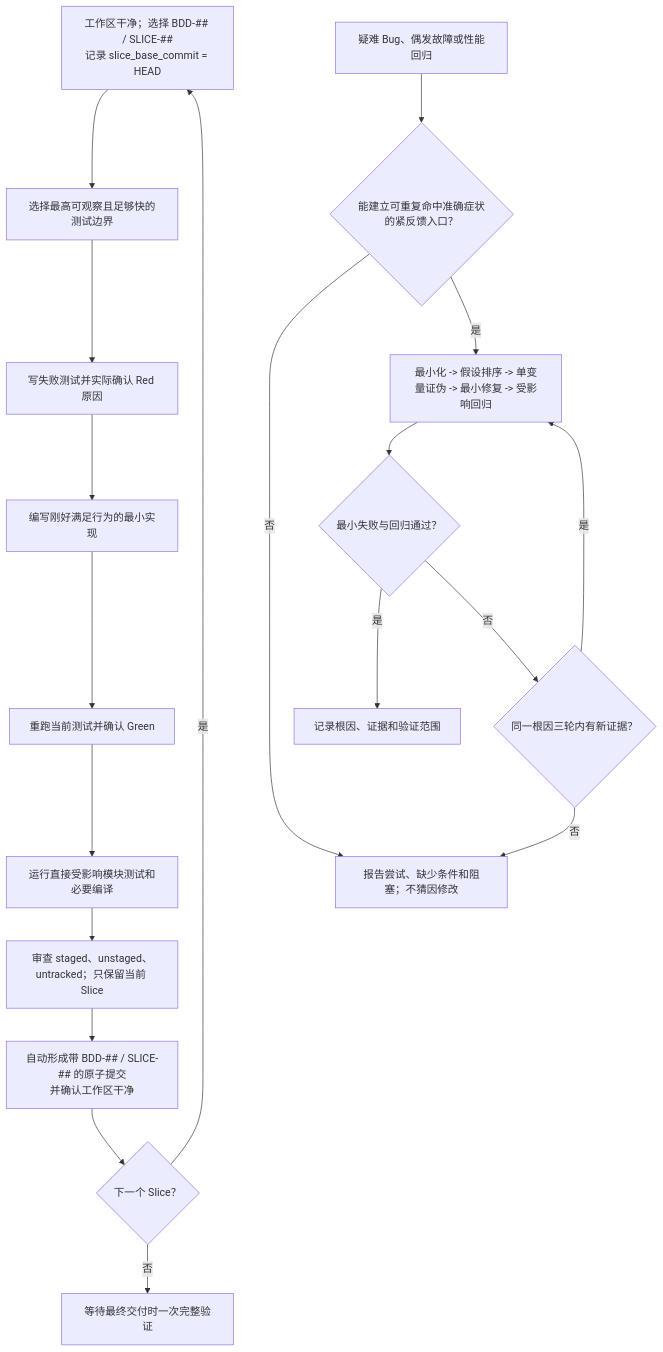
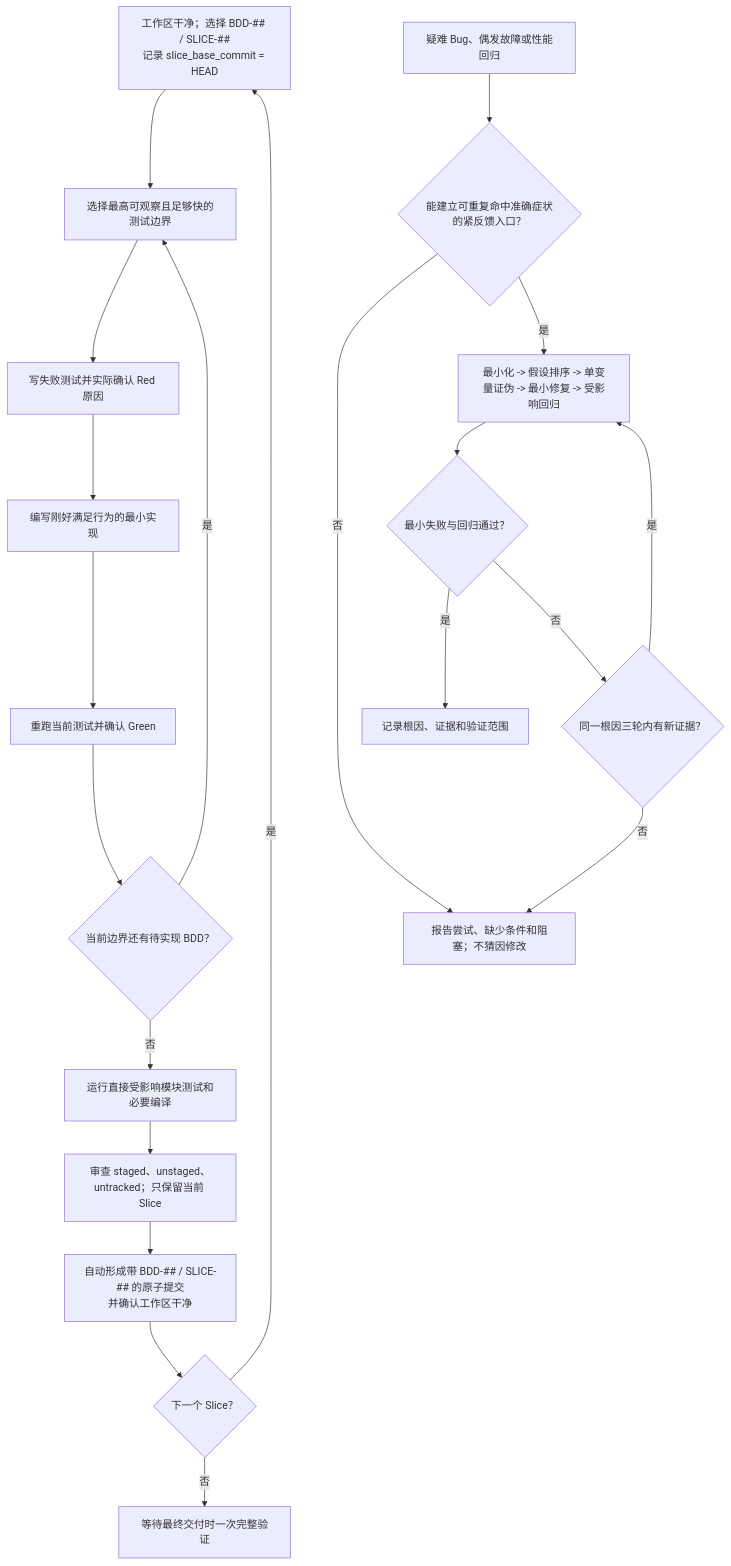
One commit to yejuntian/android-delivery-skills changed the fifth of 11 diagrams in docs/FLOW_DIAGRAMS.md. Above: the diagram before and after it, drawn with Mermaid. The commit also changed other lines of this file and 6 other files, not shown here.

````diff
--- a/docs/FLOW_DIAGRAMS.md
+++ b/docs/FLOW_DIAGRAMS.md
@@ -145,22 +147,24 @@
 ```mermaid
 flowchart TD
     BDD["工作区干净；选择 BDD-## / SLICE-##<br/>记录 slice_base_commit = HEAD"] --> BOUNDARY["选择最高可观察且足够快的测试边界"]
     BOUNDARY --> RED["写失败测试并实际确认 Red 原因"]
     RED --> MIN["编写刚好满足行为的最小实现"]
     MIN --> GREEN["重跑当前测试并确认 Green"]
-    GREEN --> IMPACT["运行直接受影响模块测试和必要编译"]
+    GREEN --> BEHAVIORS{"当前边界还有待实现 BDD？"}
+    BEHAVIORS -- "是" --> BOUNDARY
+    BEHAVIORS -- "否" --> IMPACT["运行直接受影响模块测试和必要编译"]
     IMPACT --> SCOPE["审查 staged、unstaged、untracked；只保留当前 Slice"]
     SCOPE --> CHECKPOINT["自动形成带 BDD-## / SLICE-## 的原子提交<br/>并确认工作区干净"]
     CHECKPOINT --> NEXT{"下一个 Slice？"}
     NEXT -- "是" --> BDD
     NEXT -- "否" --> READY["等待最终交付时一次完整验证"]
 
     BUG["疑难 Bug、偶发故障或性能回归"] --> LOOP{"能建立可重复命中准确症状的紧反馈入口？"}
     LOOP -- "否" --> BLOCK["报告尝试、缺少条件和阻塞；不猜因修改"]
     LOOP -- "是" --> REPRO["最小化 -> 假设排序 -> 单变量证伪 -> 最小修复 -> 受影响回归"]
     REPRO --> PASS{"最小失败与回归通过？"}
     PASS -- "是" --> FIXED["记录根因、证据和验证范围"]
     PASS -- "否" --> PROGRESS{"同一根因三轮内有新证据？"}
     PROGRESS -- "是" --> REPRO
     PROGRESS -- "否" --> BLOCK
 ```
````
